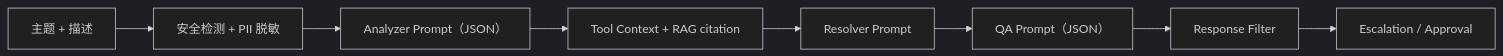
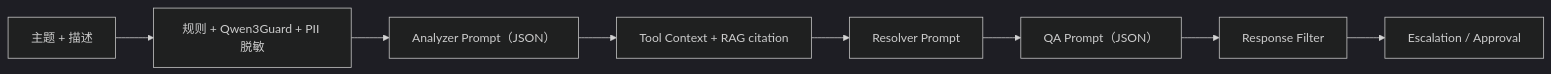
Before and after one commit to sulik0/support-gpt-enterprise-resume: the fourth of 5 diagrams in docs/ai/01_ARCHITECTURE.md, drawn with Mermaid (dark theme). The commit also changed other lines of this file and 20 other files, not shown here.

Commit message:
feat: add qwen3guard semantic safety layer

````diff
--- a/docs/ai/01_ARCHITECTURE.md
+++ b/docs/ai/01_ARCHITECTURE.md
@@ -358,10 +358,10 @@
 ```mermaid
 flowchart LR
-    Input[主题 + 描述] --> Guard[安全检测 + PII 脱敏]
+    Input[主题 + 描述] --> Guard[规则 + Qwen3Guard + PII 脱敏]
     Guard --> Analyze[Analyzer Prompt（JSON）]
     Analyze --> Context[Tool Context + RAG citation]
     Context --> Resolve[Resolver Prompt]
     Resolve --> Review[QA Prompt（JSON）]
     Review --> Filter[Response Filter]
     Filter --> Decision[Escalation / Approval]
 ```
````
